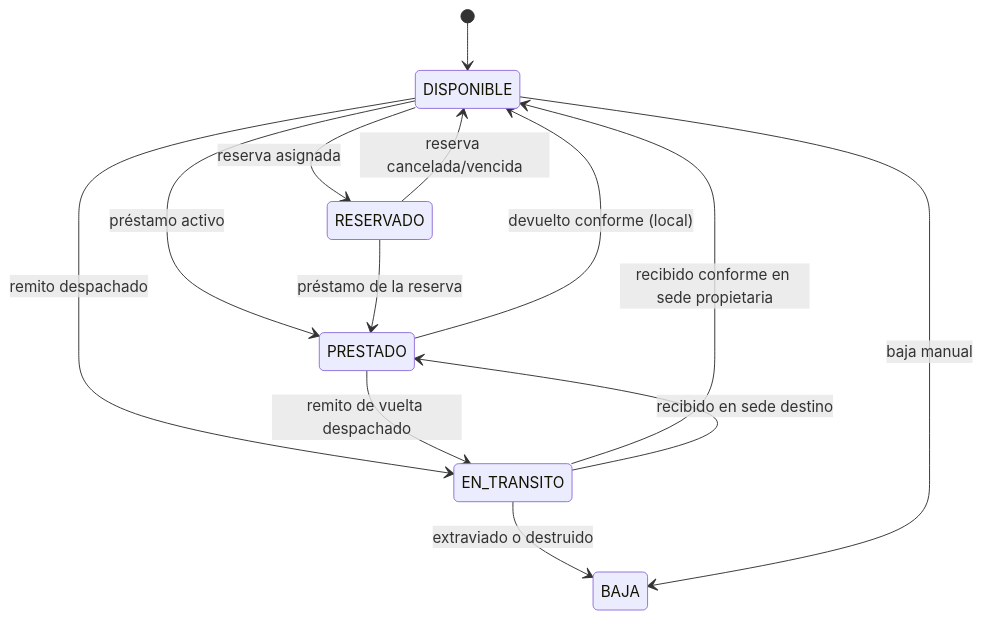
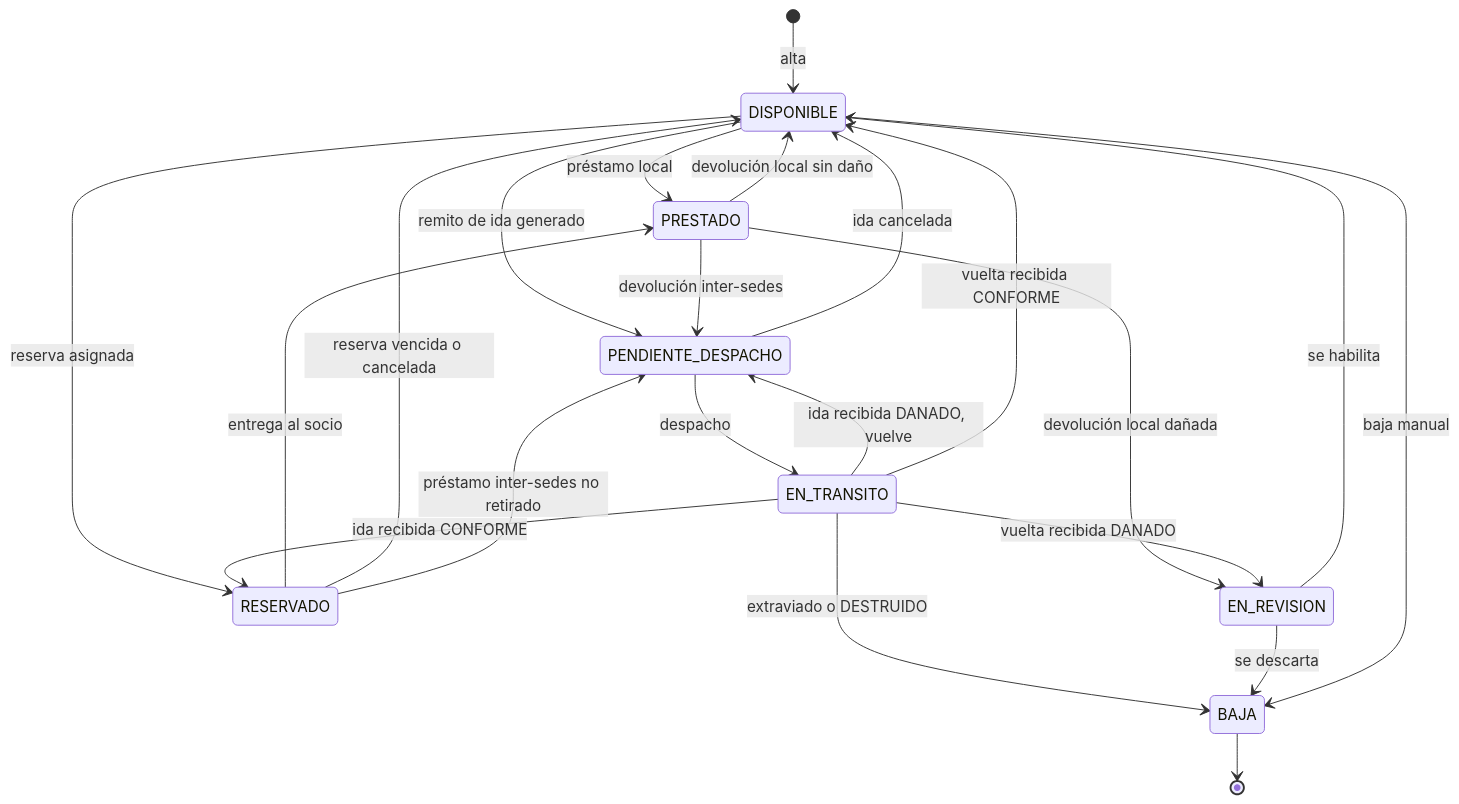
The fourth of 7 diagrams in ARCHITECTURE.md (Maximiliano018/TPI-DAO), drawn with Mermaid before and after one commit. The commit also changed other lines of this file and 3 other files, not shown here.

````diff
--- a/ARCHITECTURE.md
+++ b/ARCHITECTURE.md
@@ -283,15 +418,24 @@
 ```mermaid
 stateDiagram-v2
-    [*] --> DISPONIBLE
+    [*] --> DISPONIBLE: alta
+    DISPONIBLE --> PRESTADO: préstamo local
     DISPONIBLE --> RESERVADO: reserva asignada
-    RESERVADO --> DISPONIBLE: reserva cancelada/vencida
-    DISPONIBLE --> PRESTADO: préstamo activo
-    RESERVADO --> PRESTADO: préstamo de la reserva
-    DISPONIBLE --> EN_TRANSITO: remito despachado
-    PRESTADO --> EN_TRANSITO: remito de vuelta despachado
-    EN_TRANSITO --> DISPONIBLE: recibido conforme en sede propietaria
-    EN_TRANSITO --> PRESTADO: recibido en sede destino
-    PRESTADO --> DISPONIBLE: devuelto conforme (local)
-    EN_TRANSITO --> BAJA: extraviado o destruido
+    RESERVADO --> PRESTADO: entrega al socio
+    RESERVADO --> DISPONIBLE: reserva vencida o cancelada
+    DISPONIBLE --> PENDIENTE_DESPACHO: remito de ida generado
+    PENDIENTE_DESPACHO --> DISPONIBLE: ida cancelada
+    PENDIENTE_DESPACHO --> EN_TRANSITO: despacho
+    EN_TRANSITO --> RESERVADO: ida recibida CONFORME
+    EN_TRANSITO --> PENDIENTE_DESPACHO: ida recibida DANADO, vuelve
+    RESERVADO --> PENDIENTE_DESPACHO: préstamo inter-sedes no retirado
+    PRESTADO --> PENDIENTE_DESPACHO: devolución inter-sedes
+    PRESTADO --> DISPONIBLE: devolución local sin daño
+    PRESTADO --> EN_REVISION: devolución local dañada
+    EN_TRANSITO --> DISPONIBLE: vuelta recibida CONFORME
+    EN_TRANSITO --> EN_REVISION: vuelta recibida DANADO
+    EN_TRANSITO --> BAJA: extraviado o DESTRUIDO
+    EN_REVISION --> DISPONIBLE: se habilita
+    EN_REVISION --> BAJA: se descarta
     DISPONIBLE --> BAJA: baja manual
+    BAJA --> [*]
 ```
````
